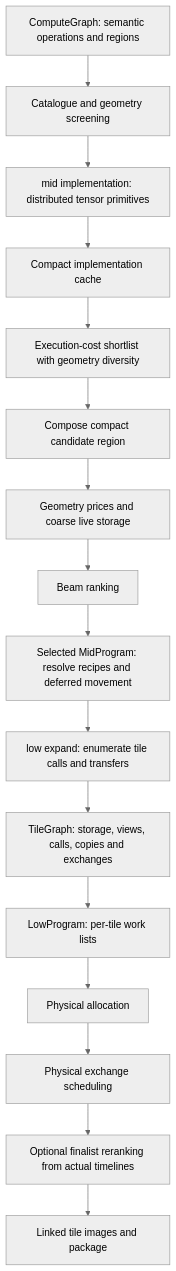
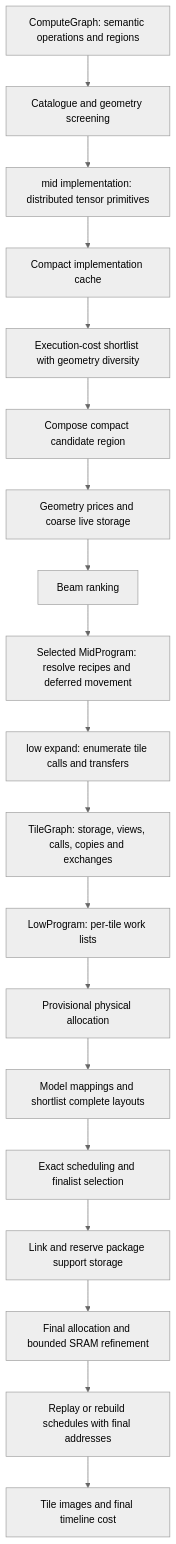
The first of 4 diagrams in docs/COMPILER_DATA_FLOW.md (osmarks/ipu-stack), drawn with Mermaid (neutral theme) before and after one commit. The commit also changed other lines of this file and 3 other files, not shown here.

````diff
--- a/docs/COMPILER_DATA_FLOW.md
+++ b/docs/COMPILER_DATA_FLOW.md
@@ -8,18 +8,21 @@
 ```mermaid
 flowchart TD
   G[ComputeGraph: semantic operations and regions] --> C[Catalogue and geometry screening]
   C --> B[mid implementation: distributed tensor primitives]
   B --> CACHE[Compact implementation cache]
   CACHE --> SHORT[Execution-cost shortlist with geometry diversity]
   SHORT --> REGION[Compose compact candidate region]
   REGION --> COST[Geometry prices and coarse live storage]
   COST --> BEAM[Beam ranking]
   BEAM --> FINAL[Selected MidProgram: resolve recipes and deferred movement]
   FINAL --> EXPAND[low expand: enumerate tile calls and transfers]
   EXPAND --> TG[TileGraph: storage, views, calls, copies and exchanges]
   TG --> LOW[LowProgram: per-tile work lists]
-  LOW --> PLACE[Physical allocation]
-  PLACE --> EX[Physical exchange scheduling]
-  EX --> REFINE[Optional finalist reranking from actual timelines]
-  REFINE --> IMAGE[Linked tile images and package]
+  LOW --> PLACE[Provisional physical allocation]
+  PLACE --> MODEL[Model mappings and shortlist complete layouts]
+  MODEL --> EX[Exact scheduling and finalist selection]
+  EX --> SUPPORT[Link and reserve package support storage]
+  SUPPORT --> FINALPLACE[Final allocation and bounded SRAM refinement]
+  FINALPLACE --> REPLAY[Replay or rebuild schedules with final addresses]
+  REPLAY --> IMAGE[Tile images and final timeline cost]
 ```
````
